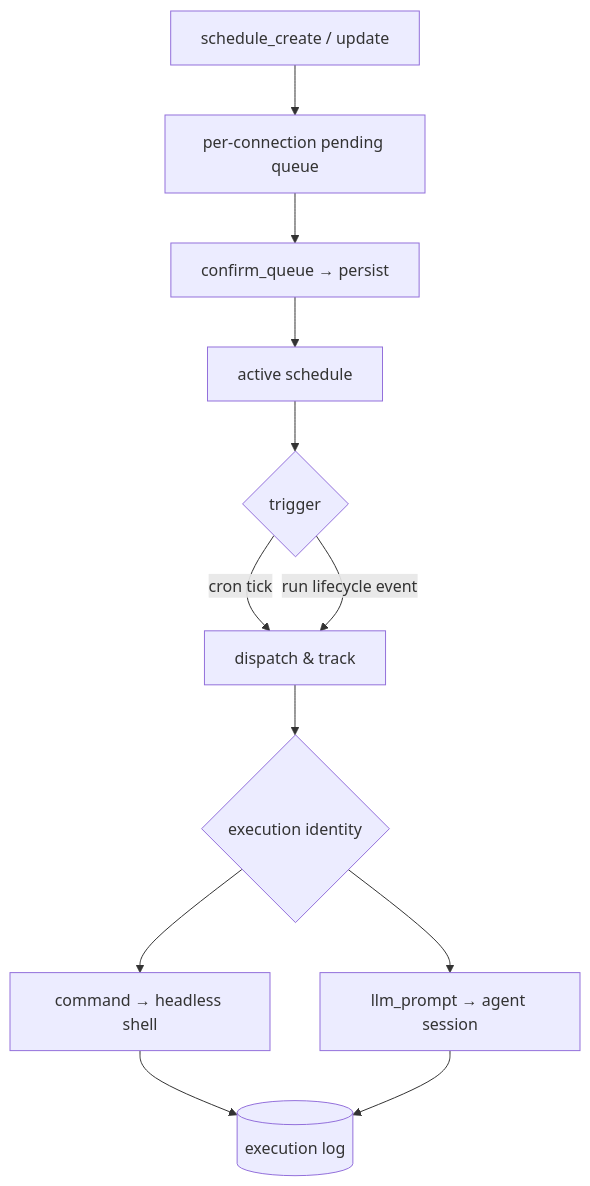
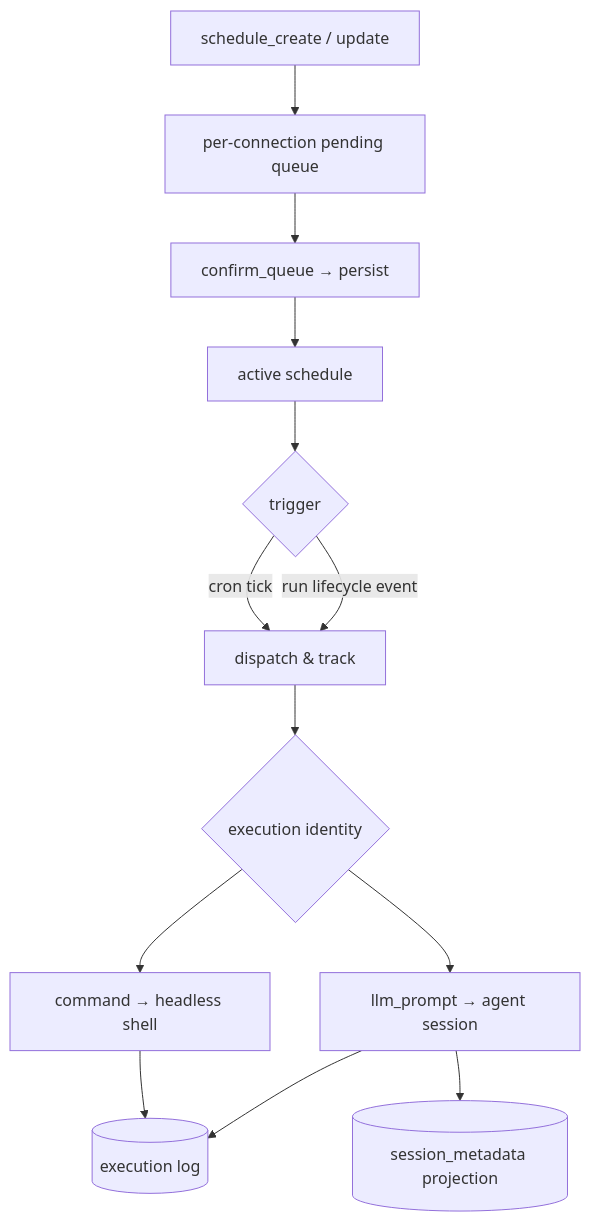
One commit to sequencestream/c3 changed the diagram in doc/flows/flow-schedule-execution.md. Above: the diagram before and after it, drawn with Mermaid. The commit also changed other lines of this file and 29 other files, not shown here.

````diff
--- a/doc/flows/flow-schedule-execution.md
+++ b/doc/flows/flow-schedule-execution.md
@@ -16,14 +16,15 @@
 ```mermaid
 flowchart TD
     W[schedule_create / update] --> Q[per-connection pending queue]
     Q --> CF[confirm_queue → persist]
     CF --> SCHED[active schedule]
     SCHED --> TRIG{trigger}
     TRIG -- cron tick --> DISP[dispatch & track]
     TRIG -- run lifecycle event --> DISP
     DISP --> ID{execution identity}
     ID --> CMD[command → headless shell]
     ID --> LLM[llm_prompt → agent session]
     CMD --> LOG[(execution log)]
     LLM --> LOG
+    LLM --> SM[(session_metadata projection)]
 ```
````
